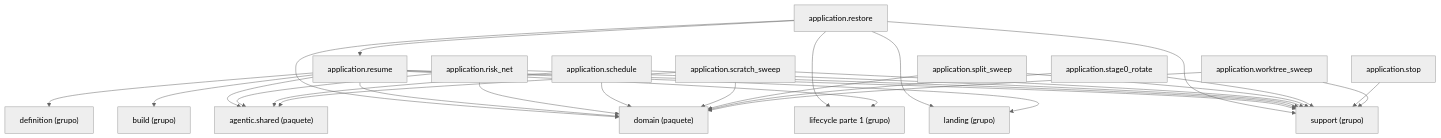
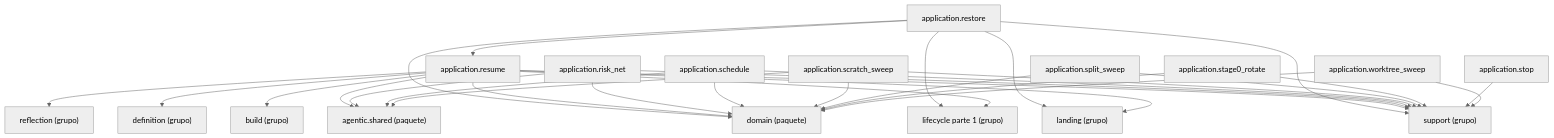
Before and after one commit to GonzaloZevallos/agentic-system: the diagram in docs/architecture/generated/packages-process-application-lifecycle-2.md, drawn with Mermaid (neutral theme).

Commit message:
Regenerate the lifecycle class diagram for resume's new imports

````diff
--- a/docs/architecture/generated/packages-process-application-lifecycle-2.md
+++ b/docs/architecture/generated/packages-process-application-lifecycle-2.md
@@ -17,47 +17,49 @@
 ```mermaid
 graph TD
     g_application__build["build (grupo)"]
     g_application__definition["definition (grupo)"]
     g_application__landing["landing (grupo)"]
     g_application__lifecycle__1["lifecycle parte 1 (grupo)"]
+    g_application__reflection["reflection (grupo)"]
     g_application__support["support (grupo)"]
     g_pkg__agentic__shared["agentic.shared (paquete)"]
     g_pkg__domain["domain (paquete)"]
     m_application__restore["application.restore"]
     m_application__resume["application.resume"]
     m_application__risk_net["application.risk_net"]
     m_application__schedule["application.schedule"]
     m_application__scratch_sweep["application.scratch_sweep"]
     m_application__split_sweep["application.split_sweep"]
     m_application__stage0_rotate["application.stage0_rotate"]
     m_application__stop["application.stop"]
     m_application__worktree_sweep["application.worktree_sweep"]
     m_application__restore --> g_application__landing
     m_application__restore --> g_application__lifecycle__1
     m_application__restore --> g_application__support
     m_application__restore --> g_pkg__domain
     m_application__restore --> m_application__resume
     m_application__resume --> g_application__build
     m_application__resume --> g_application__definition
     m_application__resume --> g_application__landing
     m_application__resume --> g_application__lifecycle__1
+    m_application__resume --> g_application__reflection
     m_application__resume --> g_application__support
     m_application__resume --> g_pkg__agentic__shared
     m_application__resume --> g_pkg__domain
     m_application__risk_net --> g_application__support
     m_application__risk_net --> g_pkg__agentic__shared
     m_application__risk_net --> g_pkg__domain
     m_application__schedule --> g_application__support
     m_application__schedule --> g_pkg__agentic__shared
     m_application__schedule --> g_pkg__domain
     m_application__scratch_sweep --> g_application__support
     m_application__scratch_sweep --> g_pkg__agentic__shared
     m_application__scratch_sweep --> g_pkg__domain
     m_application__split_sweep --> g_application__support
     m_application__split_sweep --> g_pkg__domain
     m_application__stage0_rotate --> g_application__support
     m_application__stage0_rotate --> g_pkg__domain
     m_application__stop --> g_application__support
     m_application__worktree_sweep --> g_application__support
     m_application__worktree_sweep --> g_pkg__domain
 ```
````
